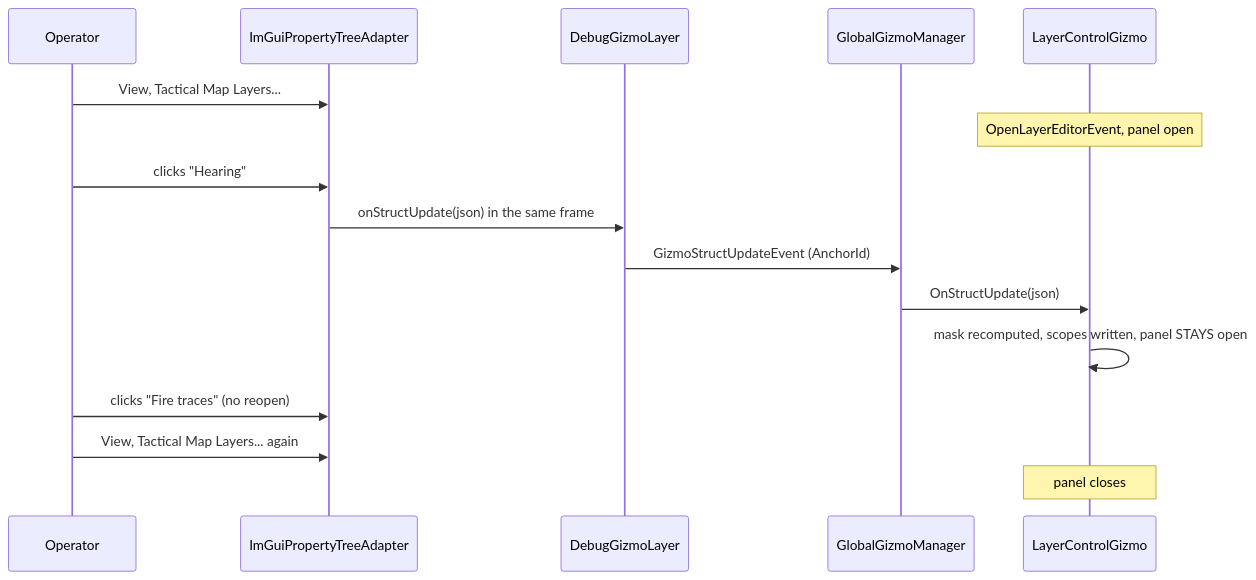
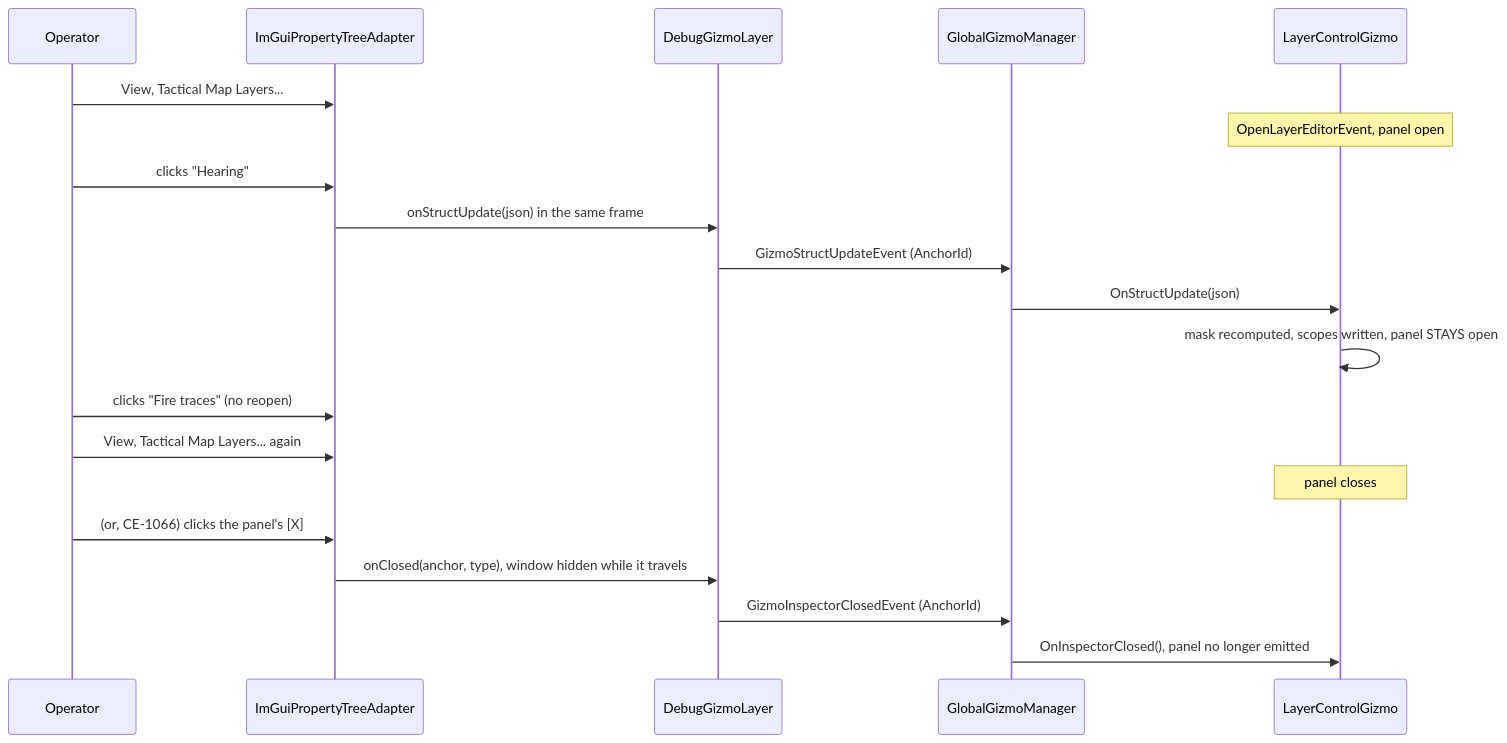
Before and after one commit to pjanec/HROT: diagram 18 of 19 in docs/DESIGN_Terrain_Combat_Tuning.md, drawn with Mermaid. The commit also changed other lines of this file and 20 other files, not shown here.

First line of the commit message:
CE-1066: the struct-inspector panel gets a close [X] that tells its gizmo, and a stable window id (WIP — build + rails running)

````diff
--- a/docs/DESIGN_Terrain_Combat_Tuning.md
+++ b/docs/DESIGN_Terrain_Combat_Tuning.md
@@ -821,18 +821,22 @@
 ```mermaid
 sequenceDiagram
   participant U as Operator
   participant A as ImGuiPropertyTreeAdapter
   participant L as DebugGizmoLayer
   participant M as GlobalGizmoManager
   participant G as LayerControlGizmo
   U->>A: View, Tactical Map Layers...
   Note over G: OpenLayerEditorEvent, panel open
   U->>A: clicks "Hearing"
   A->>L: onStructUpdate(json) in the same frame
   L->>M: GizmoStructUpdateEvent (AnchorId)
   M->>G: OnStructUpdate(json)
   G->>G: mask recomputed, scopes written, panel STAYS open
   U->>A: clicks "Fire traces" (no reopen)
   U->>A: View, Tactical Map Layers... again
   Note over G: panel closes
+  U->>A: (or, CE-1066) clicks the panel's [X]
+  A->>L: onClosed(anchor, type), window hidden while it travels
+  L->>M: GizmoInspectorClosedEvent (AnchorId)
+  M->>G: OnInspectorClosed(), panel no longer emitted
 ```
````
